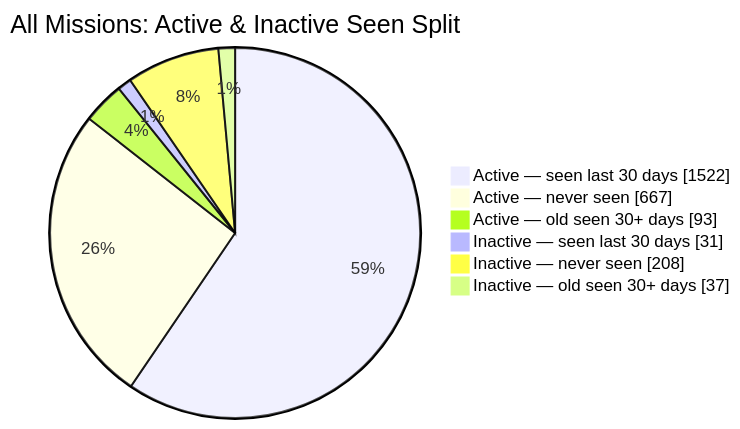
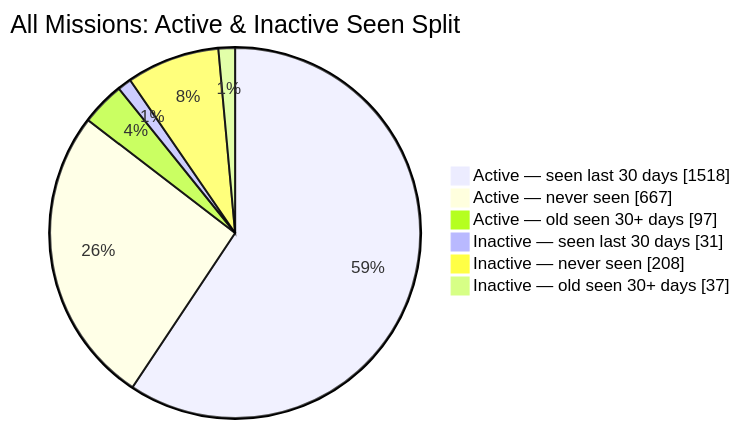
Before and after one commit to MeldkamerspelGameTeam/active-missions: the second of 2 diagrams in README.md, drawn with Mermaid. The commit also changed other lines of this file and 2 other files, not shown here.

````diff
--- a/README.md
+++ b/README.md
@@ -44,10 +44,10 @@
 ```mermaid
 pie showData
     title All Missions: Active & Inactive Seen Split
-    "Active — seen last 30 days" : 1522
+    "Active — seen last 30 days" : 1518
     "Active — never seen" : 667
-    "Active — old seen 30+ days" : 93
+    "Active — old seen 30+ days" : 97
     "Inactive — seen last 30 days" : 31
     "Inactive — never seen" : 208
     "Inactive — old seen 30+ days" : 37
 ```
````
